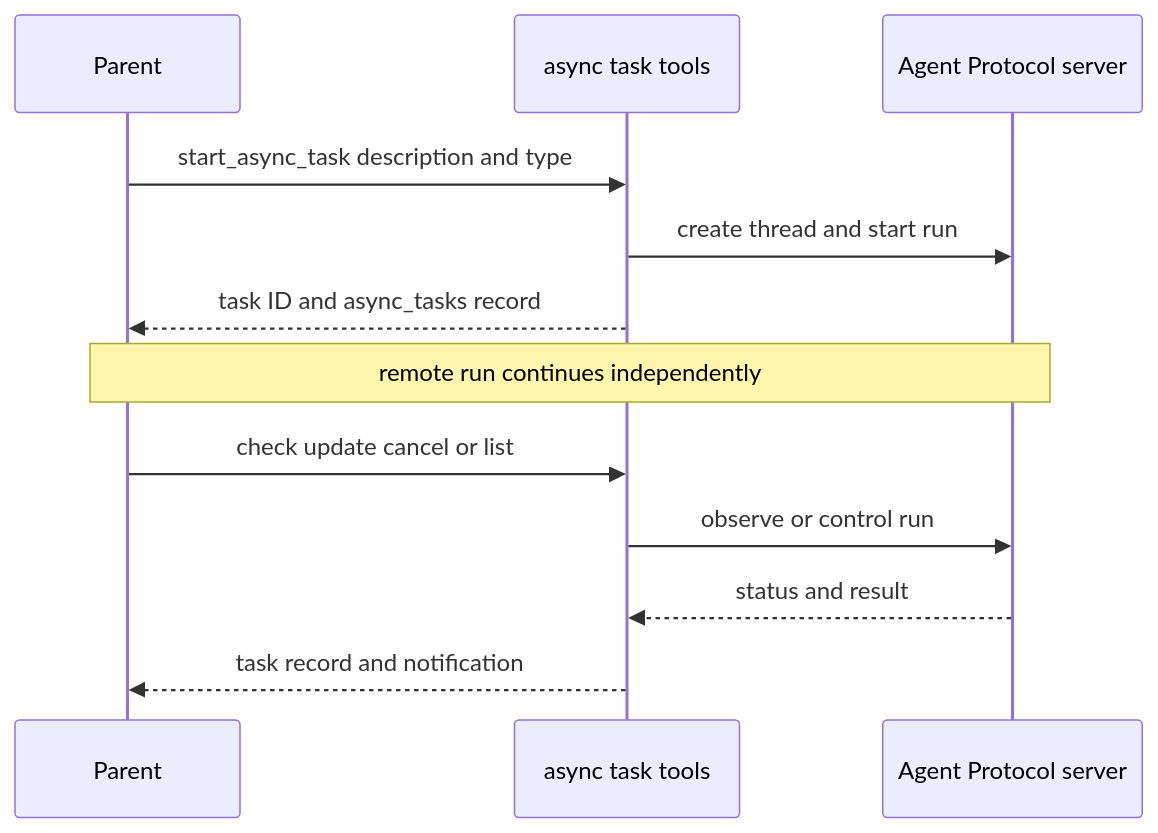
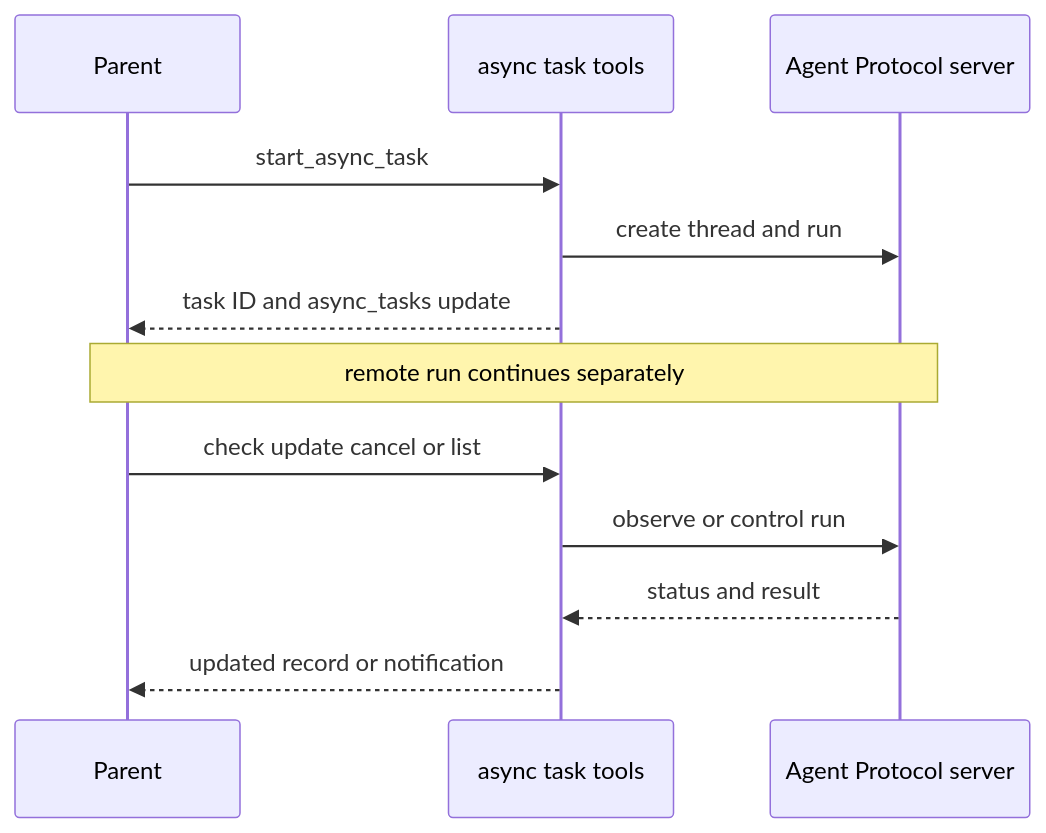
The third of 3 diagrams in openwiki/architecture/sdk-construction-execution.md (langchain-ai/deepagents), drawn with Mermaid before and after one commit. The commit also changed other lines of this file and 43 other files, not shown here.

````diff
--- a/openwiki/architecture/sdk-construction-execution.md
+++ b/openwiki/architecture/sdk-construction-execution.md
@@ -111,14 +120,14 @@
 ```mermaid
 sequenceDiagram
     participant Parent
     participant Tools as async task tools
     participant Remote as Agent Protocol server
-    Parent->>Tools: start_async_task description and type
-    Tools->>Remote: create thread and start run
-    Tools-->>Parent: task ID and async_tasks record
-    Note over Parent,Remote: remote run continues independently
+    Parent->>Tools: start_async_task
+    Tools->>Remote: create thread and run
+    Tools-->>Parent: task ID and async_tasks update
+    Note over Parent,Remote: remote run continues separately
     Parent->>Tools: check update cancel or list
     Tools->>Remote: observe or control run
     Remote-->>Tools: status and result
-    Tools-->>Parent: task record and notification
+    Tools-->>Parent: updated record or notification
 ```
````
